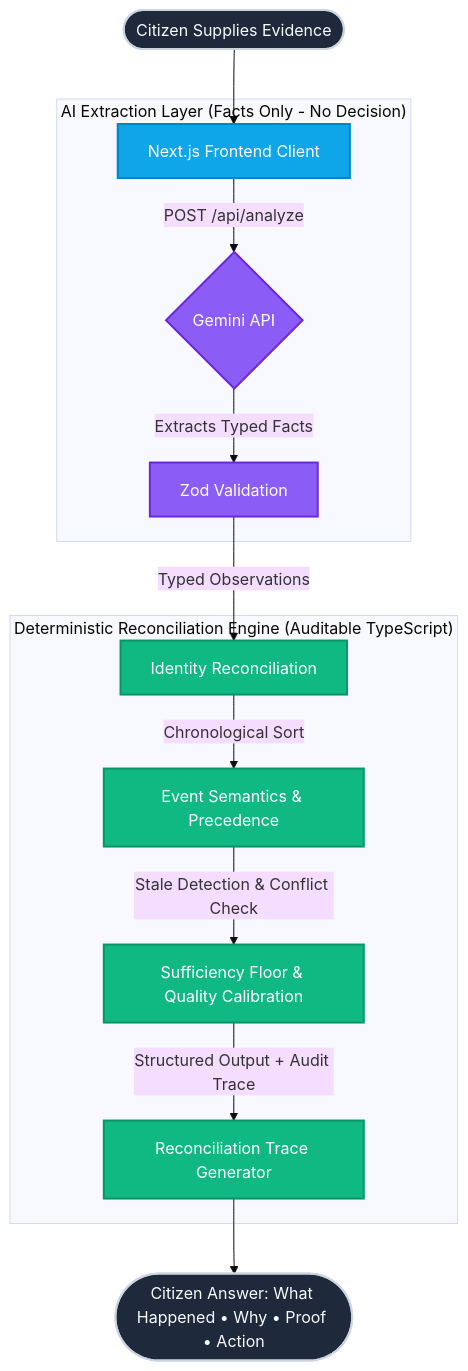
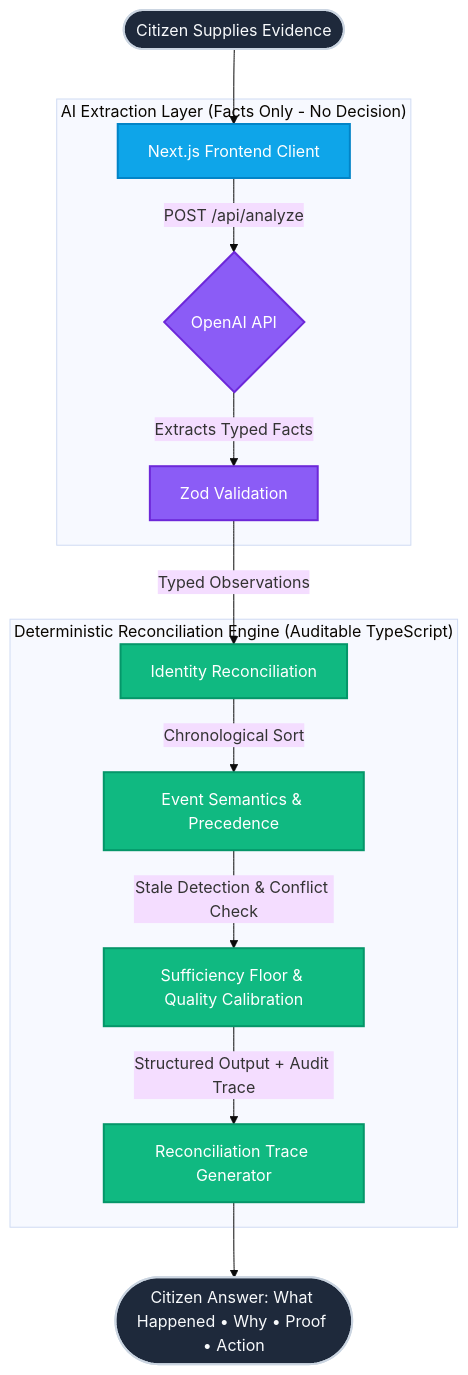
The diagram in README.md (Tanish9022/ClaimClarity), drawn with Mermaid (base theme) before and after one commit. The commit also changed other lines of this file, not shown here.

Commit message:
docs(readme): update Mermaid architecture diagram and tech stack to specify OpenAI API

````diff
--- a/README.md
+++ b/README.md
@@ -68,23 +68,23 @@
 ```mermaid
 graph TD
     classDef citizen fill:#1e293b,stroke:#cbd5e1,stroke-width:2px,color:#f8fafc
     classDef frontend fill:#0ea5e9,stroke:#0284c7,stroke-width:2px,color:#ffffff
     classDef ai fill:#8b5cf6,stroke:#6d28d9,stroke-width:2px,color:#ffffff
     classDef logic fill:#10b981,stroke:#059669,stroke-width:2px,color:#ffffff
     
     A([Citizen Supplies Evidence]):::citizen --> B[Next.js Frontend Client]:::frontend
     
     subgraph "AI Extraction Layer (Facts Only - No Decision)"
-        B --> |POST /api/analyze| C{Gemini API}:::ai
+        B --> |POST /api/analyze| C{OpenAI API}:::ai
         C --> |Extracts Typed Facts| D[Zod Validation]:::ai
     end
     
     subgraph "Deterministic Reconciliation Engine (Auditable TypeScript)"
         D --> |Typed Observations| E[Identity Reconciliation]:::logic
         E --> |Chronological Sort| F[Event Semantics & Precedence]:::logic
         F --> |Stale Detection & Conflict Check| G[Sufficiency Floor & Quality Calibration]:::logic
         G --> |Structured Output + Audit Trace| H[Reconciliation Trace Generator]:::logic
     end
     
     H --> I([Citizen Answer: What Happened &bull; Why &bull; Proof &bull; Action]):::citizen
 ```
````
